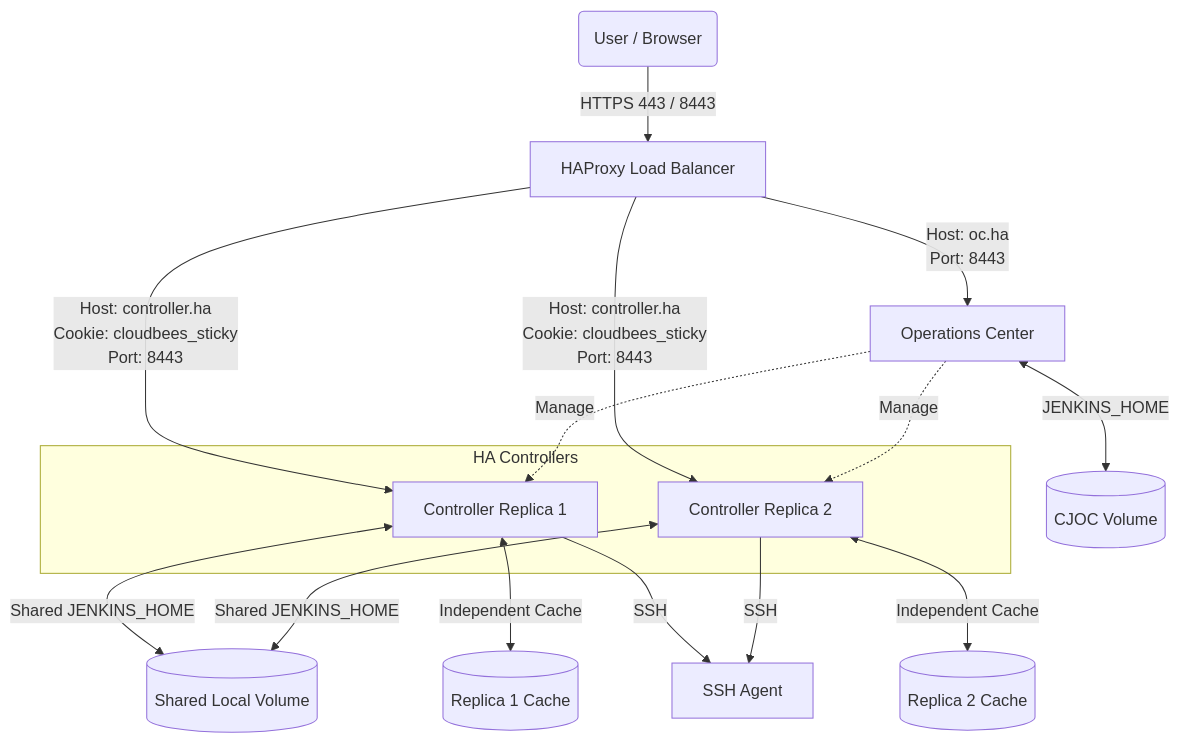
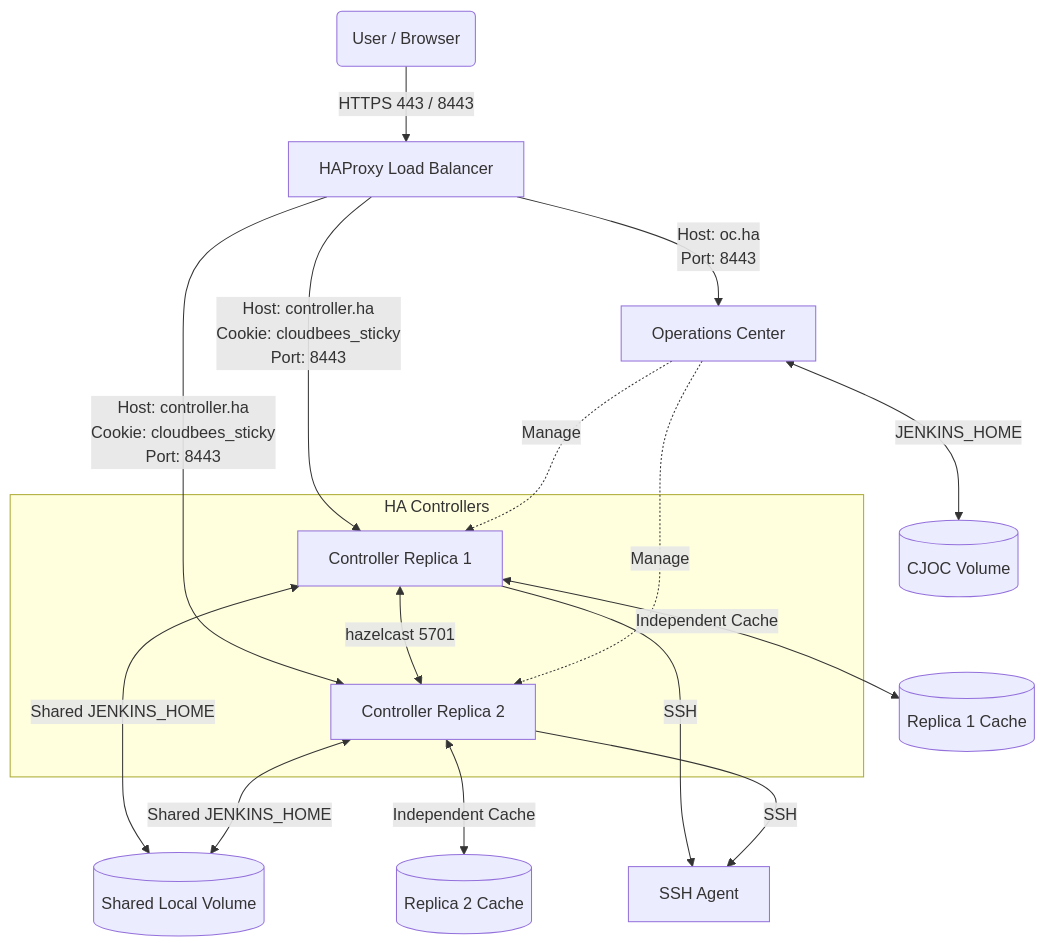
One commit to cb-ci/ci-traditional-ha changed the second of 3 diagrams in README.md. Above: the diagram before and after it, drawn with Mermaid. The commit also changed other lines of this file, not shown here.

Commit message:
docs: clarify Hazelcast communication between controllers in HA diagrams.

````diff
--- a/README.md
+++ b/README.md
@@ -70,27 +71,29 @@
 ```mermaid
 graph TD
     Client(User / Browser) -->|HTTPS 443 / 8443| HAProxy[HAProxy Load Balancer]
     
     HAProxy -->|Host: oc.ha<br>Port: 8443| CJOC[Operations Center]
     
     subgraph HA_Controllers ["HA Controllers"]
         Controller1[Controller Replica 1]
         Controller2[Controller Replica 2]
     end
     
     HAProxy -->|Host: controller.ha<br>Cookie: cloudbees_sticky<br>Port: 8443| Controller1
     HAProxy -->|Host: controller.ha<br>Cookie: cloudbees_sticky<br>Port: 8443| Controller2
     
     CJOC <-->|JENKINS_HOME| CJOCHome[(CJOC Volume)]
     Controller1 <-->|Shared JENKINS_HOME| JenkinsHome[(Shared Local Volume)]
     Controller2 <-->|Shared JENKINS_HOME| JenkinsHome
     
+    Controller1 <-->|hazelcast 5701| Controller2
     Controller1 <-->|Independent Cache| Cache1[(Replica 1 Cache)]
     Controller2 <-->|Independent Cache| Cache2[(Replica 2 Cache)]
     
     Controller1 -->|SSH| SSHAgent[SSH Agent]
     Controller2 -->|SSH| SSHAgent
     
+
     CJOC -.->|Manage| Controller1
     CJOC -.->|Manage| Controller2
 ```
````
